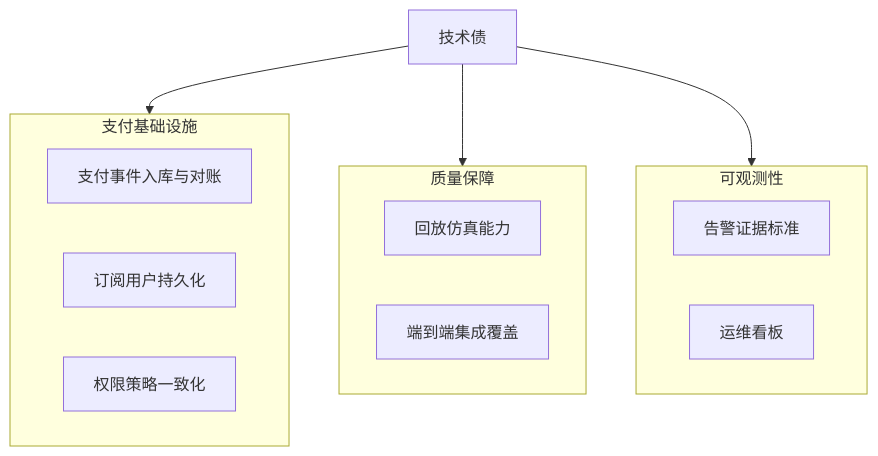
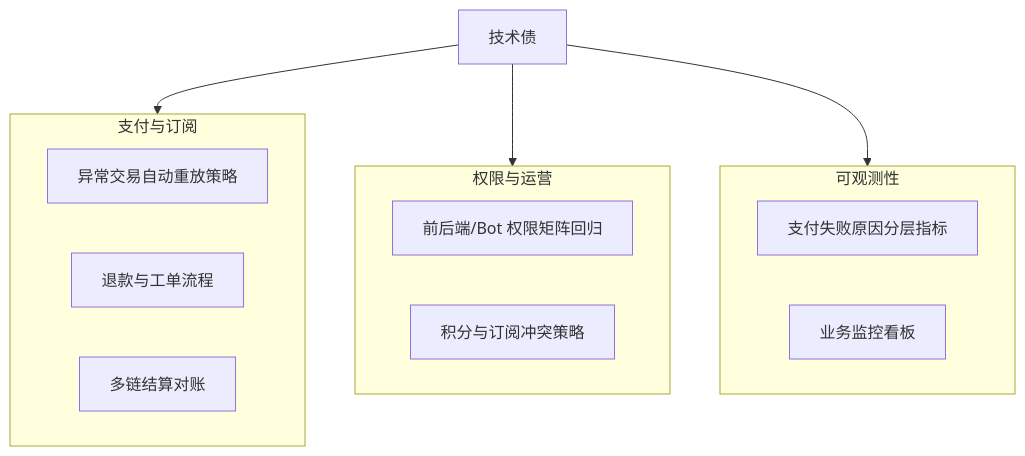
One commit to ivanmladek/PolyWeather changed the diagram in docs/TECH_DEBT_ZH.md. Above: the diagram before and after it, drawn with Mermaid. The commit also changed other lines of this file and 10 other files, not shown here.

Commit message:
feat: Introduce open-core policy, commercialization, and payment verification documentation, and update README with new product status, payment architecture, and documentation index.

````diff
--- a/docs/TECH_DEBT_ZH.md
+++ b/docs/TECH_DEBT_ZH.md
@@ -11,24 +11,24 @@
 ```mermaid
 flowchart TD
     A["技术债"]
 
-    subgraph PI["支付基础设施"]
-        PI1["支付事件入库与对账"]
-        PI2["订阅用户持久化"]
-        PI3["权限策略一致化"]
+    subgraph P["支付与订阅"]
+        P1["异常交易自动重放策略"]
+        P2["退款与工单流程"]
+        P3["多链结算对账"]
     end
 
-    subgraph Q["质量保障"]
-        Q1["回放仿真能力"]
-        Q2["端到端集成覆盖"]
+    subgraph E["权限与运营"]
+        E1["前后端/Bot 权限矩阵回归"]
+        E2["积分与订阅冲突策略"]
     end
 
     subgraph O["可观测性"]
-        O1["告警证据标准"]
-        O2["运维看板"]
+        O1["支付失败原因分层指标"]
+        O2["业务监控看板"]
     end
 
-    A --> PI
-    A --> Q
+    A --> P
+    A --> E
     A --> O
 ```
````
